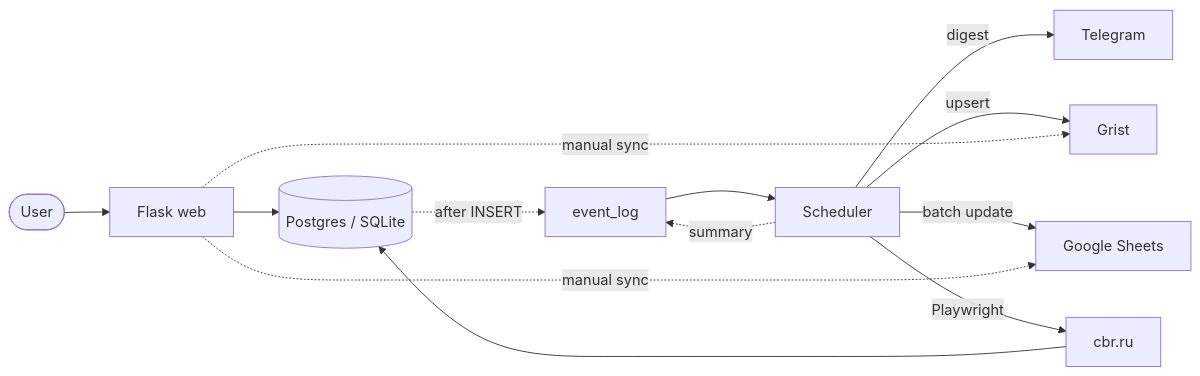
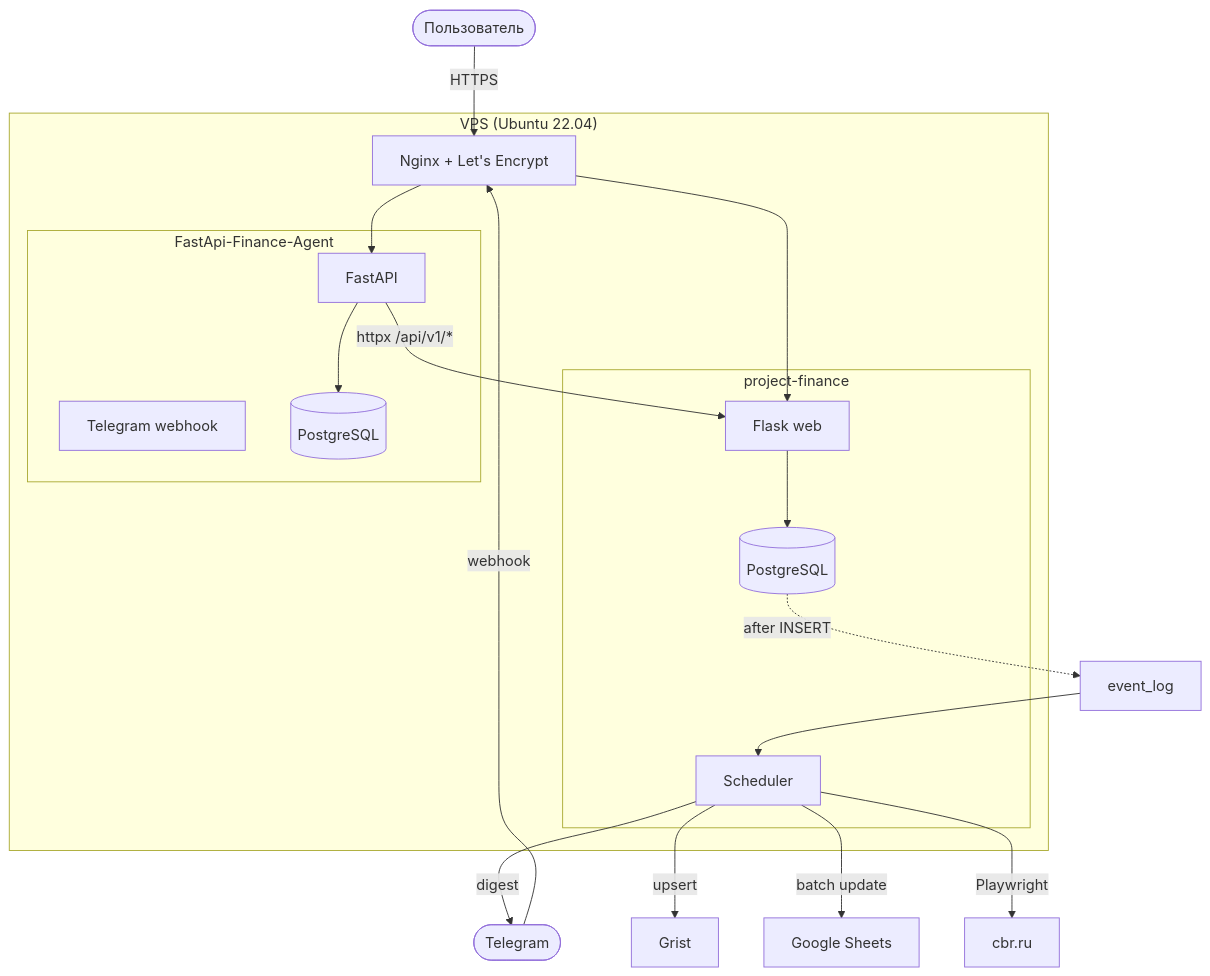
The diagram in README.md (daniil-avdeenko/project-finance), drawn with Mermaid before and after one commit. The commit also changed other lines of this file, not shown here.

Commit message:
docs: update readme for vps deployment

````diff
--- a/README.md
+++ b/README.md
@@ -41,15 +46,30 @@
 ```mermaid
-flowchart LR
-    User([User]) --> Flask[Flask web]
-    Flask --> DB[(Postgres / SQLite)]
-    DB -.after INSERT.-> Events[event_log]
-    Events --> Sched[Scheduler]
-    Sched -->|digest| TG[Telegram]
+flowchart TB
+    subgraph VPS["VPS (Ubuntu 22.04)"]
+        Nginx[Nginx + Let's Encrypt]
+        subgraph Finance["project-finance"]
+            Flask[Flask web]
+            Sched[Scheduler]
+            DB1[(PostgreSQL)]
+        end
+        subgraph Agent["FastApi-Finance-Agent"]
+            API[FastAPI]
+            Bot[Telegram webhook]
+            DB2[(PostgreSQL)]
+        end
+    end
+
+    User([Пользователь]) -->|HTTPS| Nginx
+    TG([Telegram]) -->|webhook| Nginx
+    Nginx --> Flask
+    Nginx --> API
+    API -->|httpx /api/v1/*| Flask
+    Flask --> DB1
+    DB1 -.after INSERT.-> Events[event_log]
+    Events --> Sched
+    Sched -->|digest| TG
     Sched -->|upsert| Grist[Grist]
     Sched -->|batch update| Sheets[Google Sheets]
     Sched -->|Playwright| CBR[cbr.ru]
-    CBR --> DB
-    Flask -.manual sync.-> Grist
-    Flask -.manual sync.-> Sheets
-    Sched -.summary.-> Events
+    API --> DB2
 ```
````
